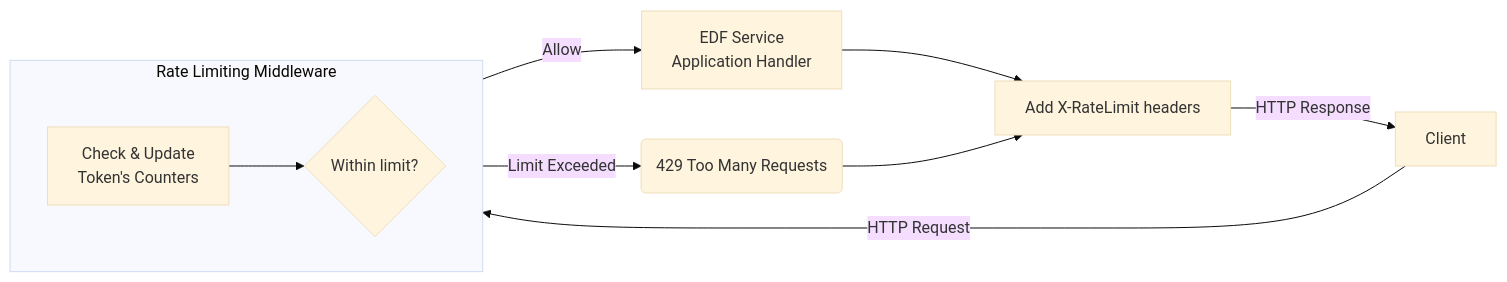
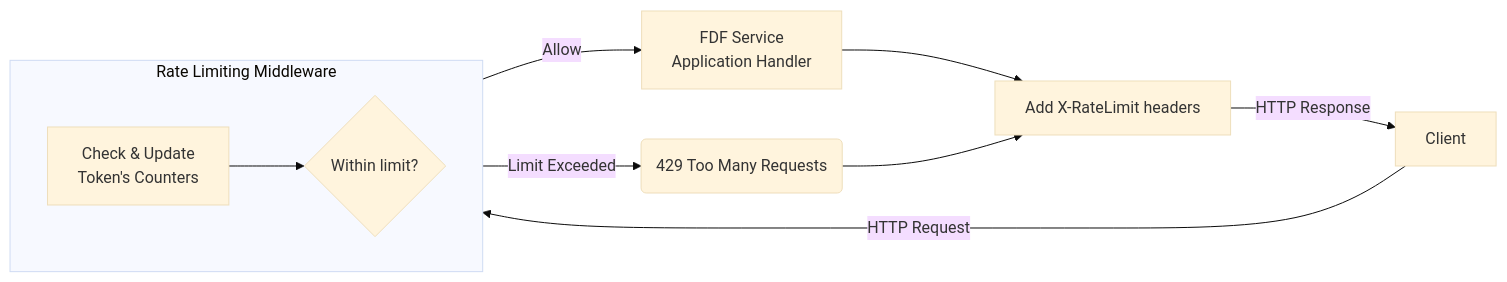
The diagram in docs/engineering/E7-Rate_Limiting_Design(v0.1).md (microscaler/fleetingdns), drawn with Mermaid (base theme) before and after one commit. The commit also changed other lines of this file and 11 other files, not shown here.

````diff
--- a/docs/engineering/E7-Rate_Limiting_Design(v0.1).md
+++ b/docs/engineering/E7-Rate_Limiting_Design(v0.1).md
@@ -98,13 +98,13 @@
 ```mermaid
 flowchart LR
     Client -- HTTP Request --> RateLimitLayer
     subgraph RateLimitLayer[Rate Limiting Middleware]
       direction LR
       Check[Check & Update<br/>Token's Counters] --> Decision{Within limit?}
     end
-    RateLimitLayer -->|Allow| Service[EDF Service<br/>Application Handler]
+    RateLimitLayer -->|Allow| Service[FDF Service<br/>Application Handler]
     RateLimitLayer -->|Limit Exceeded| TooMany(429 Too Many Requests)
     Service --> ResponseProcessing[Add X-RateLimit headers]
     TooMany --> ResponseProcessing
     ResponseProcessing -- HTTP Response --> Client
 ```
````
